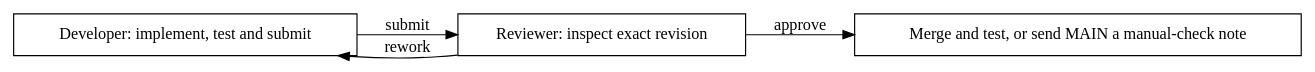
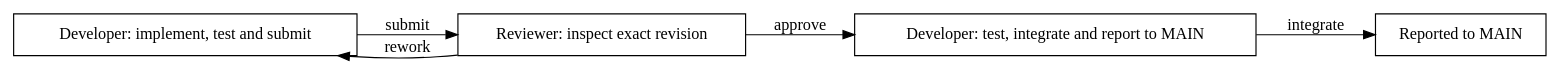
One commit to Winfred666/multica-featssship changed the diagram in docs/workflow.md. Above: the diagram before and after it, drawn with Graphviz. The commit also changed other lines of this file and 6 other files, not shown here.

````diff
--- a/docs/workflow.md
+++ b/docs/workflow.md
@@ -6,11 +6,13 @@
 ```dot
 digraph develop_review {
   rankdir=LR; node [shape=box];
   develop [label="Developer: implement, test and submit"];
   review [label="Reviewer: inspect exact revision"];
-  finished [label="Merge and test, or send MAIN a manual-check note"];
+  integrate [label="Developer: test, integrate and report to MAIN"];
+  finished [label="Reported to MAIN"];
   develop -> review [label="submit"];
   review -> develop [label="rework"];
-  review -> finished [label="approve"];
+  review -> integrate [label="approve"];
+  integrate -> finished [label="integrate"];
 }
 ```
````
